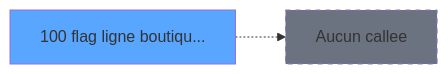
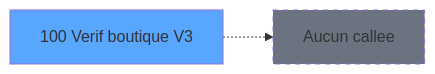
The third of 3 diagrams in .openspec/specs/ADH-IDE-100.md (thonyAGP/magic-migration), drawn with Mermaid before and after one commit. The commit also changed other lines of this file and 311 other files, not shown here.

````diff
--- a/.openspec/specs/ADH-IDE-100.md
+++ b/.openspec/specs/ADH-IDE-100.md
@@ -187,8 +186,8 @@
 ```mermaid
 graph LR
-    T100[100 flag ligne boutiqu...]
+    T100[100 Verif boutique V3]
     style T100 fill:#58a6ff
     NONE[Aucun callee]
     T100 -.-> NONE
     style NONE fill:#6b7280,stroke-dasharray: 5 5
 ```
````
